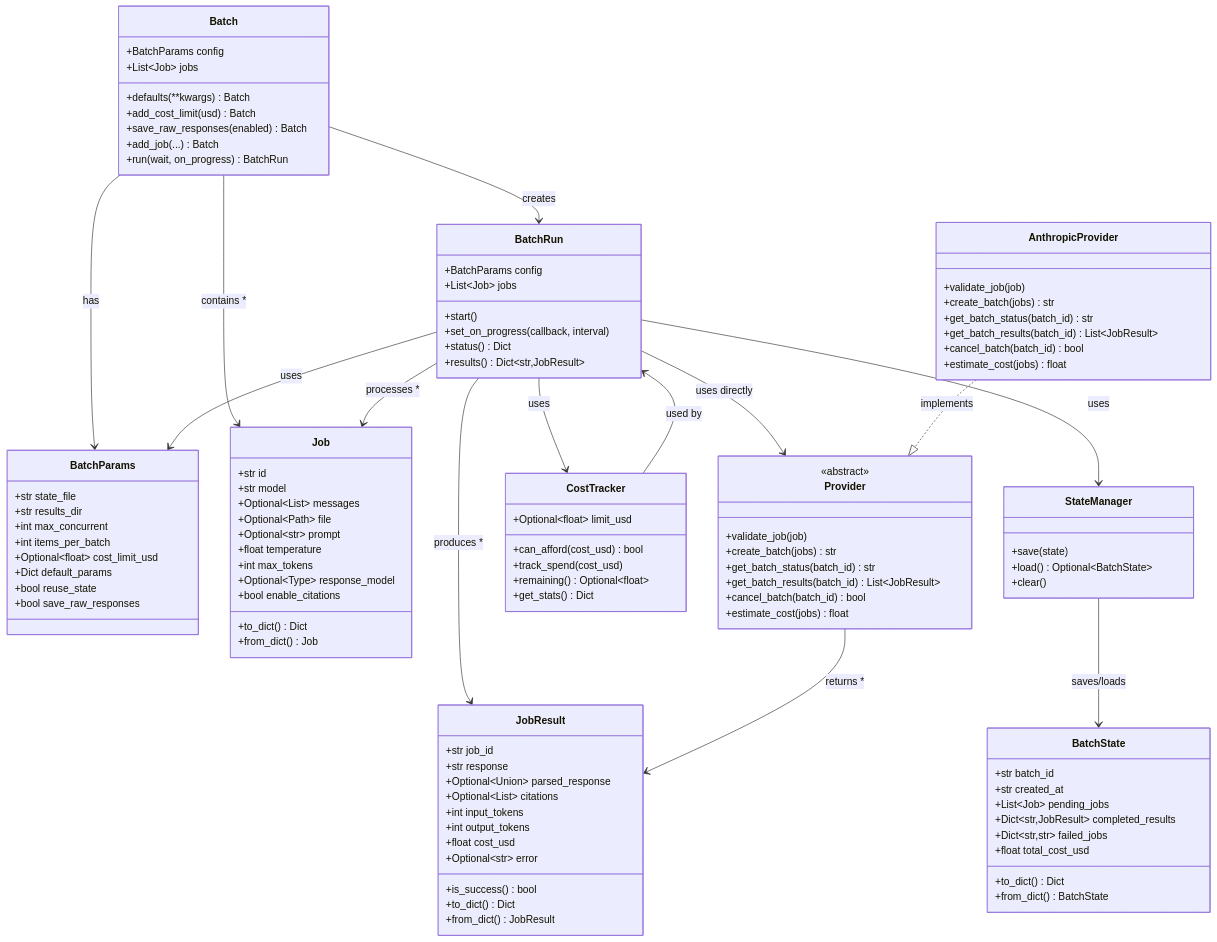
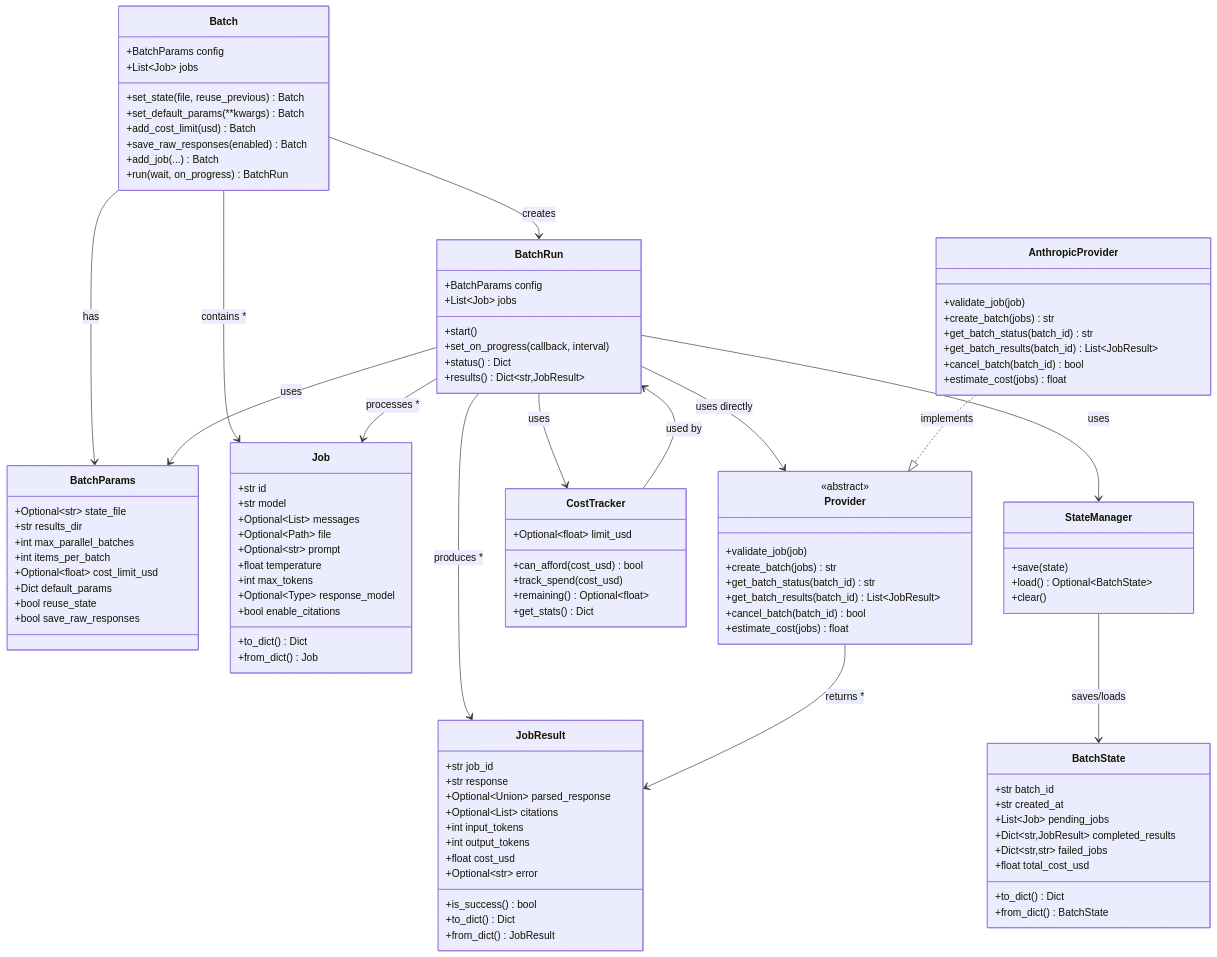
One commit to agamm/batchata changed the diagram in development.md. Above: the diagram before and after it, drawn with Mermaid. The commit also changed 24 other files, not shown here.

```diff
--- a/development.md
+++ b/development.md
@@ -7,7 +7,8 @@
     class Batch {
         +BatchParams config
         +List~Job~ jobs
-        +defaults(**kwargs) Batch
+        +set_state(file, reuse_previous) Batch
+        +set_default_params(**kwargs) Batch
         +add_cost_limit(usd) Batch
         +save_raw_responses(enabled) Batch
         +add_job(...) Batch
@@ -15,9 +16,9 @@
     }
     
     class BatchParams {
-        +str state_file
+        +Optional~str~ state_file
         +str results_dir
-        +int max_concurrent
+        +int max_parallel_batches
         +int items_per_batch
         +Optional~float~ cost_limit_usd
         +Dict default_params
```
